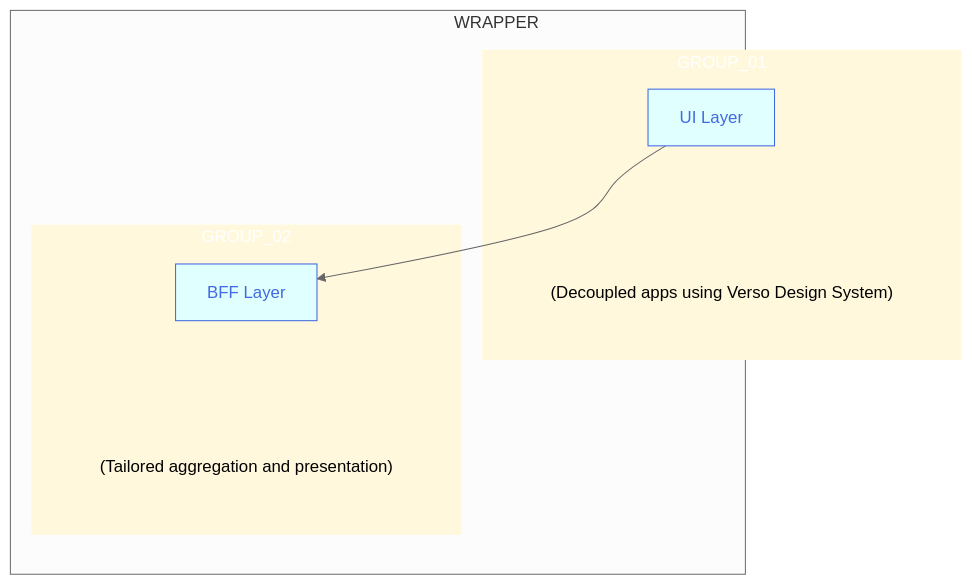
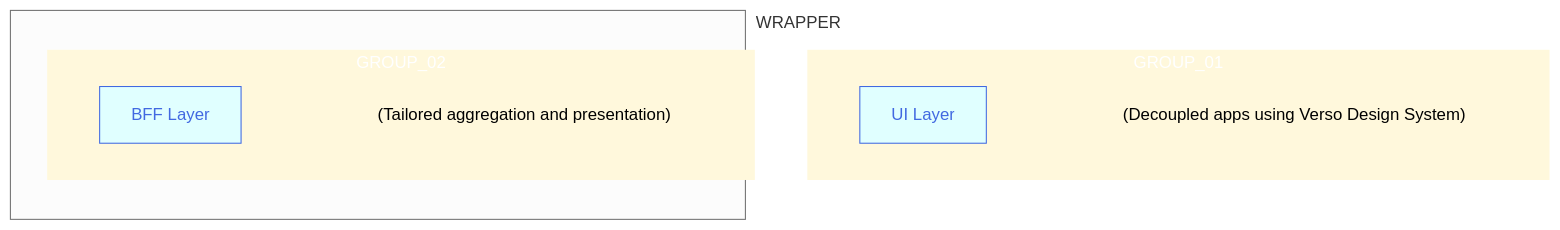
One commit to joe-dorward/samples changed the diagram in buttons_mermaid_v5.md. Above: the diagram before and after it, drawn with Mermaid (neutral theme).

````diff
--- a/buttons_mermaid_v5.md
+++ b/buttons_mermaid_v5.md
@@ -3,47 +3,47 @@
 ```mermaid
   %%{
     init: {
       "flowchart": { "markdownAutoWrap":"false", "textWrap":"false", "textAlign":"left", "wrappingWidth": "100%" }
     }
   }%%
   flowchart TD
 
   classDef Button fill:lightcyan, stroke:royalblue, color:royalblue;
   classDef Note fill:transparent, stroke-width:0px
   %% ---------- ---------- ---------- ---------- ---------- ---------- ---------- ---------- ---------- ----------
 subgraph WRAPPER
   direction TD
 
   subgraph GROUP_01
     %%direction LR
 
     BUTTON_01_NOTE["(Decoupled apps using Verso Design System)"]:::Note
     BUTTON_01["UI Layer"]:::Button
     click BUTTON_01 "https://en.wikipedia.org/wiki/Main_Page" _blank
 
     BUTTON_01~~~
     BUTTON_01_NOTE
   end
   %% ---------- ---------- ---------- ---------- ---------- ---------- ---------- ---------- ---------- ----------
   subgraph GROUP_02
     %%direction LR
 
     BUTTON_02_NOTE["(Tailored aggregation and presentation)"]:::Note
     BUTTON_02["BFF Layer"]:::Button
     click BUTTON_02 "https://en.wikipedia.org/wiki/Main_Page" _blank
 
     BUTTON_02~~~
     BUTTON_02_NOTE
   end
 end
   %% ---------- ---------- ---------- ---------- ---------- ---------- ---------- ---------- ---------- ----------
 
 %%GROUP_01-.-GROUP_02
 
-BUTTON_01-->BUTTON_02
+%%BUTTON_01-->BUTTON_02
 
   style GROUP_01 fill:cornsilk, color:white, stroke-width:0px
   style GROUP_02 fill:cornsilk, color:white, stroke-width:0px
 
   style WRAPPER width: 700px
 ```
````
